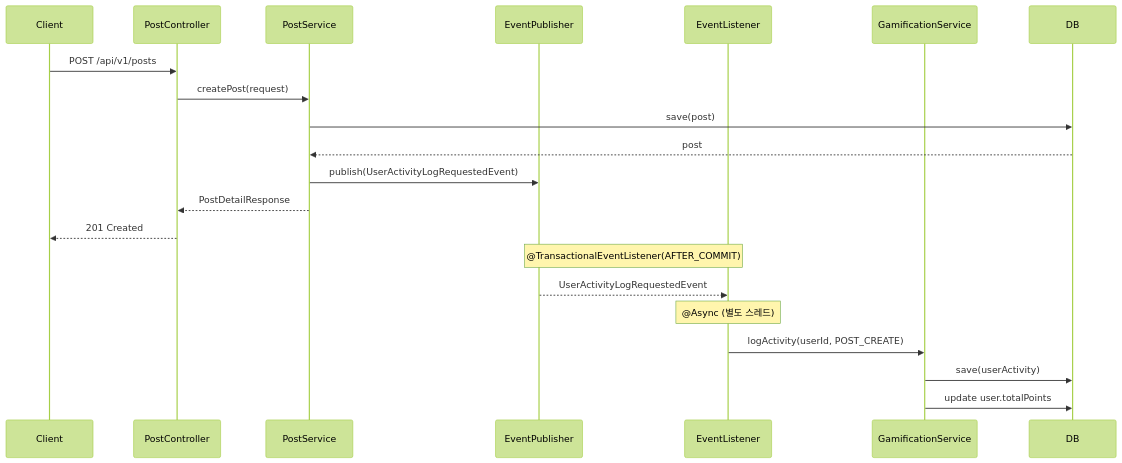
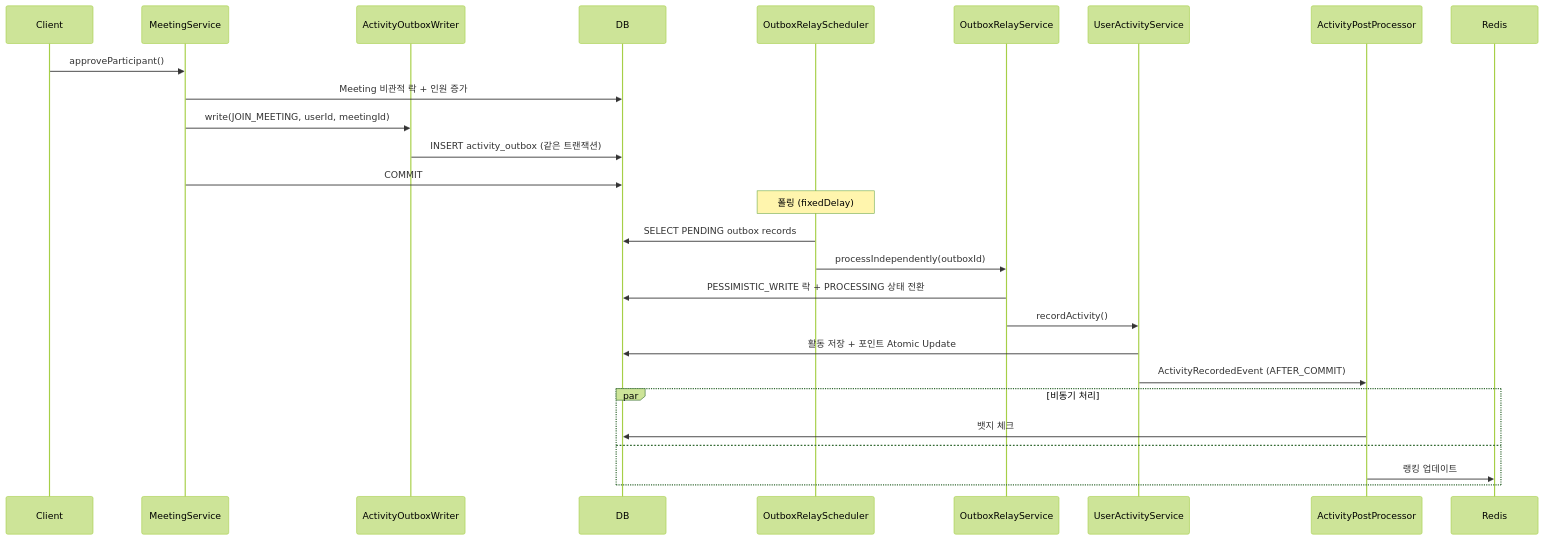
Before and after one commit to beginner0107/eventitta: the sixth of 10 diagrams in docs/ARCHITECTURE.md, drawn with Mermaid (forest theme). The commit also changed other lines of this file and 3 other files, not shown here.

````diff
--- a/docs/ARCHITECTURE.md
+++ b/docs/ARCHITECTURE.md
@@ -317,25 +284,32 @@
 ```mermaid
 sequenceDiagram
     participant Client
-    participant PostController
-    participant PostService
-    participant EventPublisher
-    participant EventListener
-    participant GamificationService
+    participant Service as MeetingService
+    participant Outbox as ActivityOutboxWriter
     participant DB
+    participant Scheduler as OutboxRelayScheduler
+    participant Relay as OutboxRelayService
+    participant Activity as UserActivityService
+    participant Processor as ActivityPostProcessor
+    participant Redis
 
-    Client->>PostController: POST /api/v1/posts
-    PostController->>PostService: createPost(request)
-    PostService->>DB: save(post)
-    DB-->>PostService: post
-    PostService->>EventPublisher: publish(UserActivityLogRequestedEvent)
-    PostService-->>PostController: PostDetailResponse
-    PostController-->>Client: 201 Created
+    Client->>Service: approveParticipant()
+    Service->>DB: Meeting 비관적 락 + 인원 증가
+    Service->>Outbox: write(JOIN_MEETING, userId, meetingId)
+    Outbox->>DB: INSERT activity_outbox (같은 트랜잭션)
+    Service->>DB: COMMIT
 
-    Note over EventPublisher,EventListener: @TransactionalEventListener(AFTER_COMMIT)
-    EventPublisher-->>EventListener: UserActivityLogRequestedEvent
-    Note over EventListener: @Async (별도 스레드)
-    EventListener->>GamificationService: logActivity(userId, POST_CREATE)
-    GamificationService->>DB: save(userActivity)
-    GamificationService->>DB: update user.totalPoints
+    Note over Scheduler: 폴링 (fixedDelay)
+    Scheduler->>DB: SELECT PENDING outbox records
+    Scheduler->>Relay: processIndependently(outboxId)
+    Relay->>DB: PESSIMISTIC_WRITE 락 + PROCESSING 상태 전환
+    Relay->>Activity: recordActivity()
+    Activity->>DB: 활동 저장 + 포인트 Atomic Update
+    Activity->>Processor: ActivityRecordedEvent (AFTER_COMMIT)
+
+    par 비동기 처리
+        Processor->>DB: 뱃지 체크
+    and
+        Processor->>Redis: 랭킹 업데이트
+    end
 ```
````
